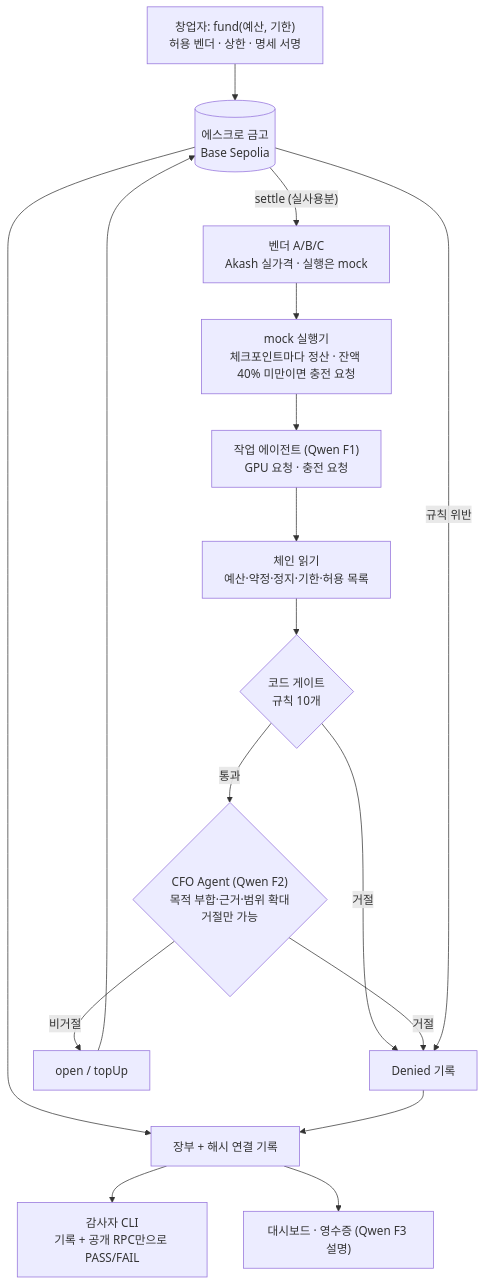
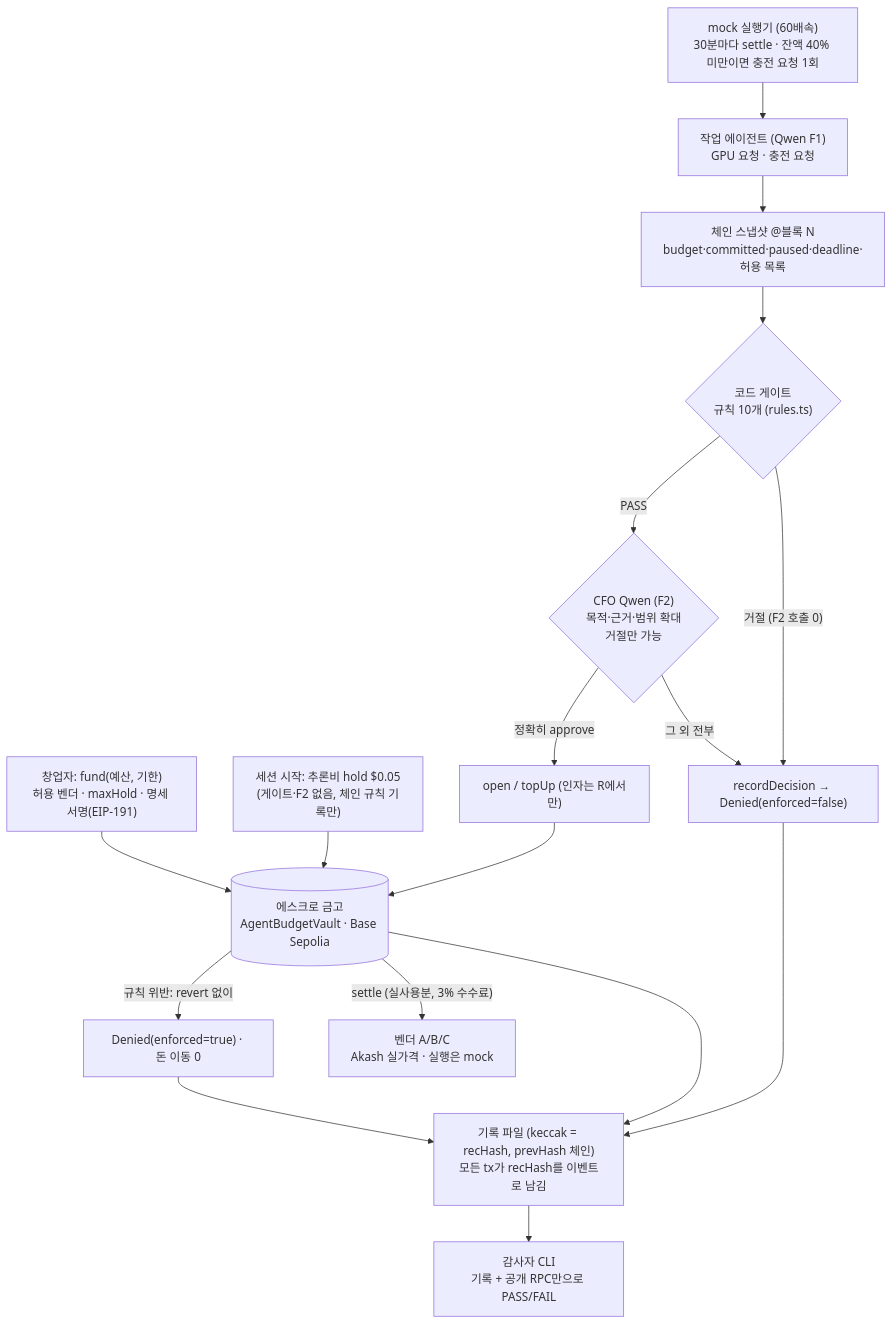
One commit to Rehgud/GWDC2026 changed the diagram in README.md. Above: the diagram before and after it, drawn with Mermaid. The commit also changed other lines of this file and 5 other files, not shown here.

First line of the commit message:
README rewrite, Base Sepolia runner, cast attack demo, session tests (T13/T14)

````diff
--- a/README.md
+++ b/README.md
@@ -23,19 +42,19 @@
 ```mermaid
 graph TD
-    F["창업자: fund(예산, 기한)<br/>허용 벤더 · 상한 · 명세 서명"] --> V[("에스크로 금고<br/>Base Sepolia")]
-    W["작업 에이전트 (Qwen F1)<br/>GPU 요청 · 충전 요청"] --> R["체인 읽기<br/>예산·약정·정지·기한·허용 목록"]
-    R --> G{"코드 게이트<br/>규칙 10개"}
-    G -->|"통과"| C{"CFO Agent (Qwen F2)<br/>목적 부합·근거·범위 확대<br/>거절만 가능"}
-    G -->|"거절"| D["Denied 기록"]
-    C -->|"비거절"| T["open / topUp"]
-    C -->|"거절"| D
+    F["창업자: fund(예산, 기한)<br/>허용 벤더 · maxHold · 명세 서명(EIP-191)"] --> V[("에스크로 금고<br/>AgentBudgetVault · Base Sepolia")]
+    S["세션 시작: 추론비 hold $0.05<br/>(게이트·F2 없음, 체인 규칙 기록만)"] --> V
+    W["작업 에이전트 (Qwen F1)<br/>GPU 요청 · 충전 요청"] --> R["체인 스냅샷 @블록 N<br/>budget·committed·paused·deadline·허용 목록"]
+    R --> G{"코드 게이트<br/>규칙 10개 (rules.ts)"}
+    G -->|"PASS"| C{"CFO Qwen (F2)<br/>목적·근거·범위 확대<br/>거절만 가능"}
+    G -->|"거절 (F2 호출 0)"| D["recordDecision → Denied(enforced=false)"]
+    C -->|"정확히 approve"| T["open / topUp (인자는 R에서만)"]
+    C -->|"그 외 전부"| D
     T --> V
-    V -->|"규칙 위반"| D
-    V -->|"settle (실사용분)"| P["벤더 A/B/C<br/>Akash 실가격 · 실행은 mock"]
-    X["mock 실행기<br/>체크포인트마다 정산 · 잔액 40% 미만이면 충전 요청"] --> W
-    P --> X
-    V --> L["장부 + 해시 연결 기록"]
+    V -->|"규칙 위반: revert 없이"| DC["Denied(enforced=true) · 돈 이동 0"]
+    V -->|"settle (실사용분, 3% 수수료)"| P["벤더 A/B/C<br/>Akash 실가격 · 실행은 mock"]
+    X["mock 실행기 (60배속)<br/>30분마다 settle · 잔액 40% 미만이면 충전 요청 1회"] --> W
+    V --> L["기록 파일 (keccak = recHash, prevHash 체인)<br/>모든 tx가 recHash를 이벤트로 남김"]
     D --> L
+    DC --> L
     L --> A["감사자 CLI<br/>기록 + 공개 RPC만으로 PASS/FAIL"]
-    L --> UI["대시보드 · 영수증 (Qwen F3 설명)"]
 ```
````
